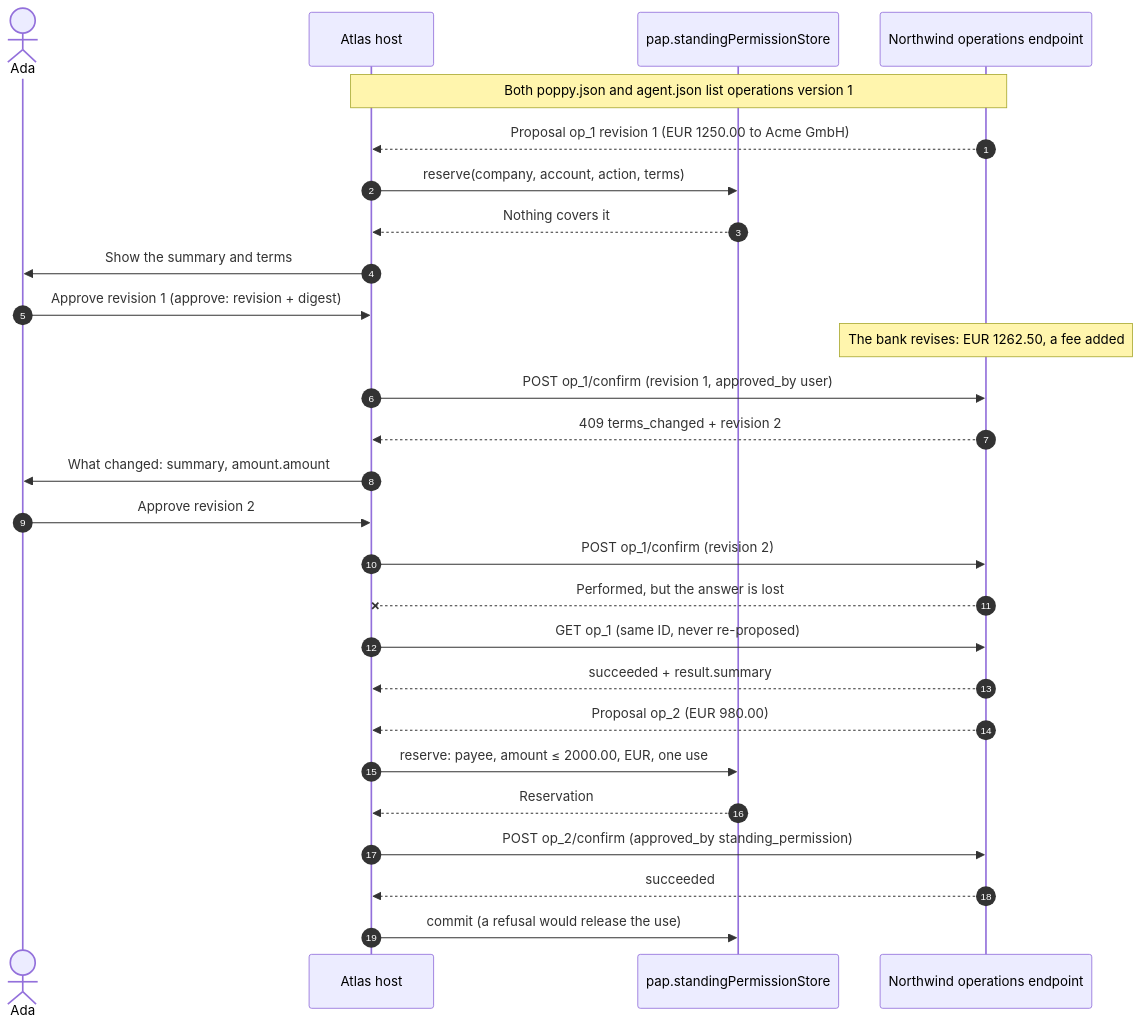
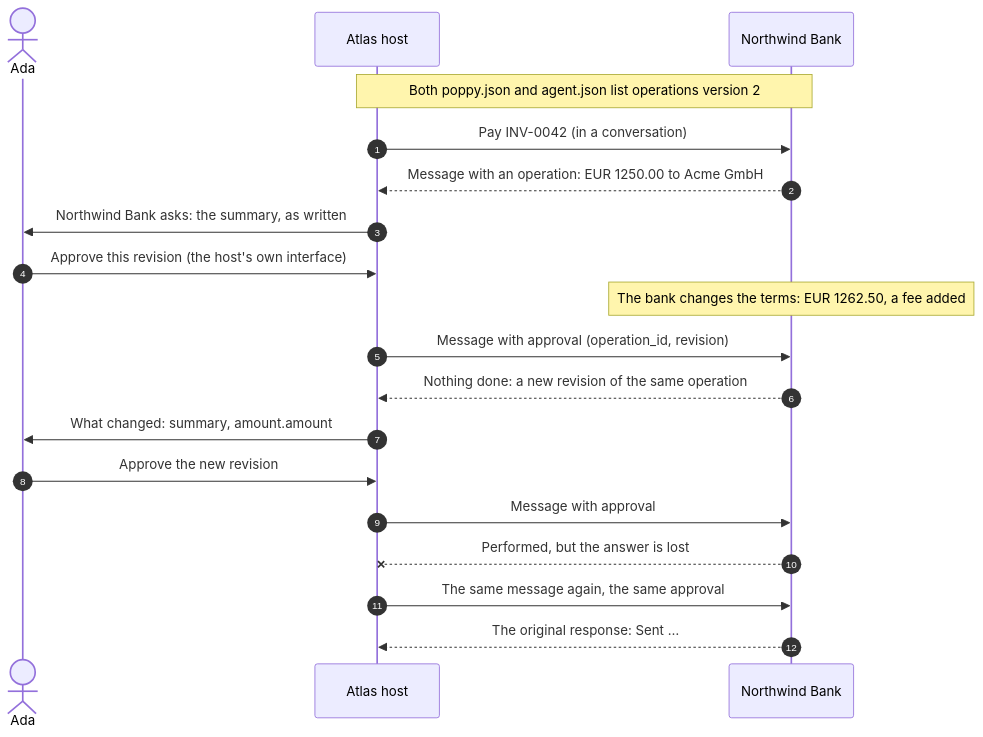
One commit to datalayer/personal-agent-protocol changed the diagram in docs/docs/examples/operations.mdx. Above: the diagram before and after it, drawn with Mermaid. The commit also changed other lines of this file and 29 other files, not shown here.

Commit message:
Docs at Operations v2 and Mediated Sign-In v1: the CLI, company, telemetry, status and security pages, the example pages, the Python API reference, and the coverage pages regenerated with a Mediated Sign-In area

````diff
--- a/docs/docs/examples/operations.mdx
+++ b/docs/docs/examples/operations.mdx
@@ -19,29 +18,21 @@
 ```mermaid
 sequenceDiagram
   autonumber
   actor Ada
   participant Atlas as Atlas host
-  participant Store as pap.standingPermissionStore
-  participant Bank as Northwind operations endpoint
-  Note over Atlas,Bank: Both poppy.json and agent.json list operations version 1
-  Bank-->>Atlas: Proposal op_1 revision 1 (EUR 1250.00 to Acme GmbH)
-  Atlas->>Store: reserve(company, account, action, terms)
-  Store-->>Atlas: Nothing covers it
-  Atlas->>Ada: Show the summary and terms
-  Ada->>Atlas: Approve revision 1 (approve: revision + digest)
-  Note over Bank: The bank revises: EUR 1262.50, a fee added
-  Atlas->>Bank: POST op_1/confirm (revision 1, approved_by user)
-  Bank-->>Atlas: 409 terms_changed + revision 2
+  participant Bank as Northwind Bank
+  Note over Atlas,Bank: Both poppy.json and agent.json list operations version 2
+  Atlas->>Bank: Pay INV-0042 (in a conversation)
+  Bank-->>Atlas: Message with an operation: EUR 1250.00 to Acme GmbH
+  Atlas->>Ada: Northwind Bank asks: the summary, as written
+  Ada->>Atlas: Approve this revision (the host's own interface)
+  Note over Bank: The bank changes the terms: EUR 1262.50, a fee added
+  Atlas->>Bank: Message with approval (operation_id, revision)
+  Bank-->>Atlas: Nothing done: a new revision of the same operation
   Atlas->>Ada: What changed: summary, amount.amount
-  Ada->>Atlas: Approve revision 2
-  Atlas->>Bank: POST op_1/confirm (revision 2)
+  Ada->>Atlas: Approve the new revision
+  Atlas->>Bank: Message with approval
   Bank--xAtlas: Performed, but the answer is lost
-  Atlas->>Bank: GET op_1 (same ID, never re-proposed)
-  Bank-->>Atlas: succeeded + result.summary
-  Bank-->>Atlas: Proposal op_2 (EUR 980.00)
-  Atlas->>Store: reserve: payee, amount ≤ 2000.00, EUR, one use
-  Store-->>Atlas: Reservation
-  Atlas->>Bank: POST op_2/confirm (approved_by standing_permission)
-  Bank-->>Atlas: succeeded
-  Atlas->>Store: commit (a refusal would release the use)
+  Atlas->>Bank: The same message again, the same approval
+  Bank-->>Atlas: The original response: Sent …
 ```
````
